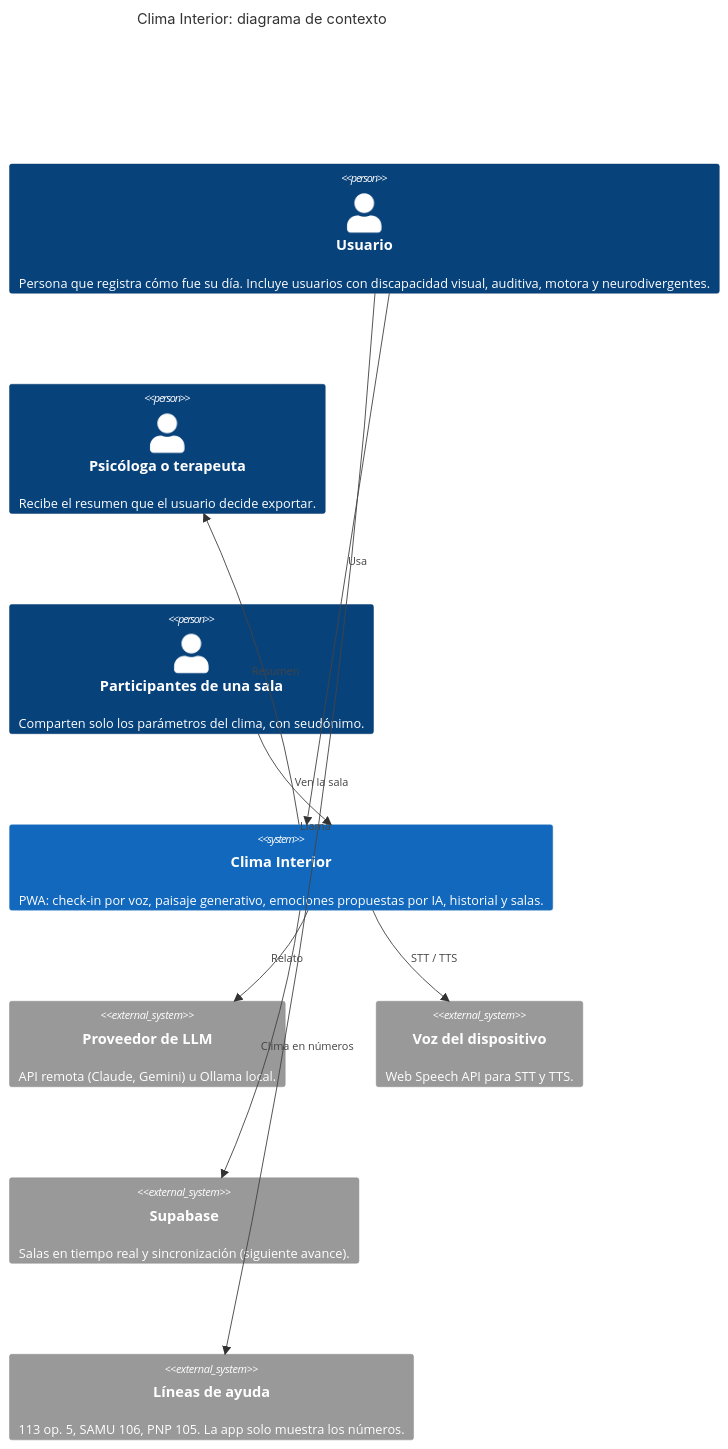
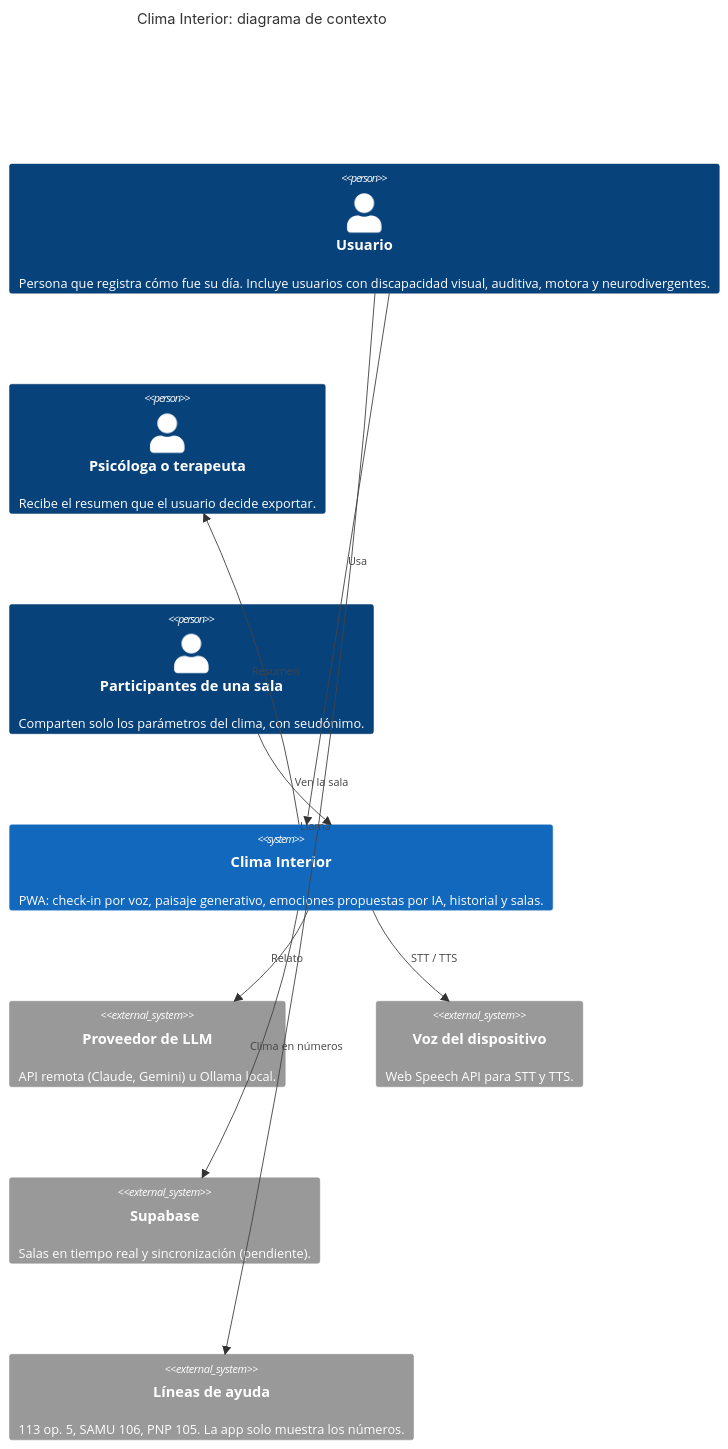
Before and after one commit to Melissa1221/clima-interior: the first of 3 diagrams in docs/arquitectura.md, drawn with Mermaid. The commit also changed other lines of this file, not shown here.

````diff
--- a/docs/arquitectura.md
+++ b/docs/arquitectura.md
@@ -10,21 +10,21 @@
 ```mermaid
 C4Context
   title Clima Interior: diagrama de contexto
   Person(usuario, "Usuario", "Persona que registra cómo fue su día. Incluye usuarios con discapacidad visual, auditiva, motora y neurodivergentes.")
   Person(psicologa, "Psicóloga o terapeuta", "Recibe el resumen que el usuario decide exportar.")
   Person(amigos, "Participantes de una sala", "Comparten solo los parámetros del clima, con seudónimo.")
   System(clima, "Clima Interior", "PWA: check-in por voz, paisaje generativo, emociones propuestas por IA, historial y salas.")
   System_Ext(llm, "Proveedor de LLM", "API remota (Claude, Gemini) u Ollama local.")
   System_Ext(stt, "Voz del dispositivo", "Web Speech API para STT y TTS.")
-  System_Ext(supa, "Supabase", "Salas en tiempo real y sincronización (siguiente avance).")
+  System_Ext(supa, "Supabase", "Salas en tiempo real y sincronización (pendiente).")
   System_Ext(lineas, "Líneas de ayuda", "113 op. 5, SAMU 106, PNP 105. La app solo muestra los números.")
 
   Rel(usuario, clima, "Usa")
   Rel(clima, psicologa, "Resumen")
   Rel(amigos, clima, "Ven la sala")
   Rel(clima, llm, "Relato")
   Rel(clima, stt, "STT / TTS")
   Rel(clima, supa, "Clima en números")
   Rel(usuario, lineas, "Llama")
   UpdateLayoutConfig($c4ShapeInRow="3", $c4BoundaryInRow="1")
 ```
````
